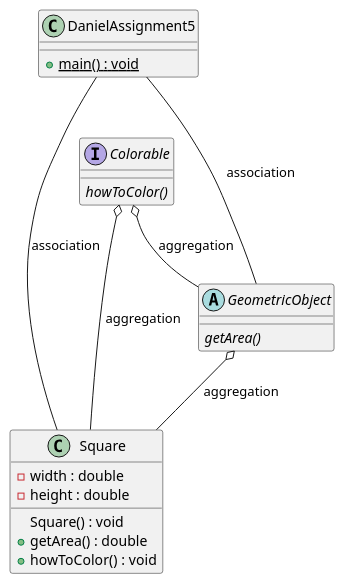
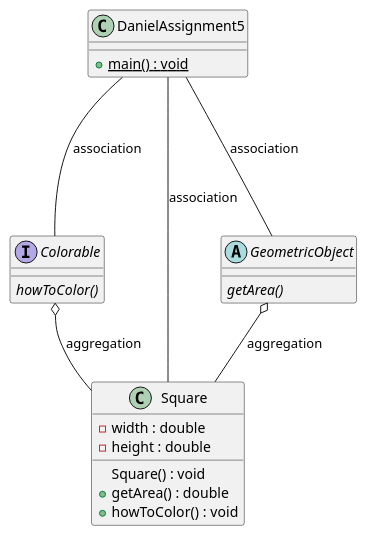
Before and after one commit to danieldsj/prog78004: the diagram in src/DanielAssignment5UML.plantuml, drawn with PlantUML. The commit also changed 3 other files, not shown here.

Commit message:
Fixed Assignment 5 so that GeometricObject will not inherit Colorable.  Need to case the Colorable type to an array element to access the "howToColor" method. Added minor corrections.

```diff
--- a/src/DanielAssignment5UML.plantuml
+++ b/src/DanielAssignment5UML.plantuml
@@ -1,30 +1,30 @@
 @startuml
 
 Colorable o-- Square : aggregation
-Colorable o-- GeometricObject : aggregation
 GeometricObject o-- Square : aggregation
 
 DanielAssignment5 --- GeometricObject : association
 DanielAssignment5 --- Square : association
+DanielAssignment5 --- Colorable : association
 
 interface Colorable {
     {abstract} howToColor()
 }
 
 abstract class GeometricObject {
     {abstract} getArea()
 }
 
 class Square {
     - width : double
     - height : double
     Square() : void
     + getArea() : double
     + howToColor() : void
 }
 
 class DanielAssignment5 {
     {static} + main() : void
 }
 
 @enduml
```
